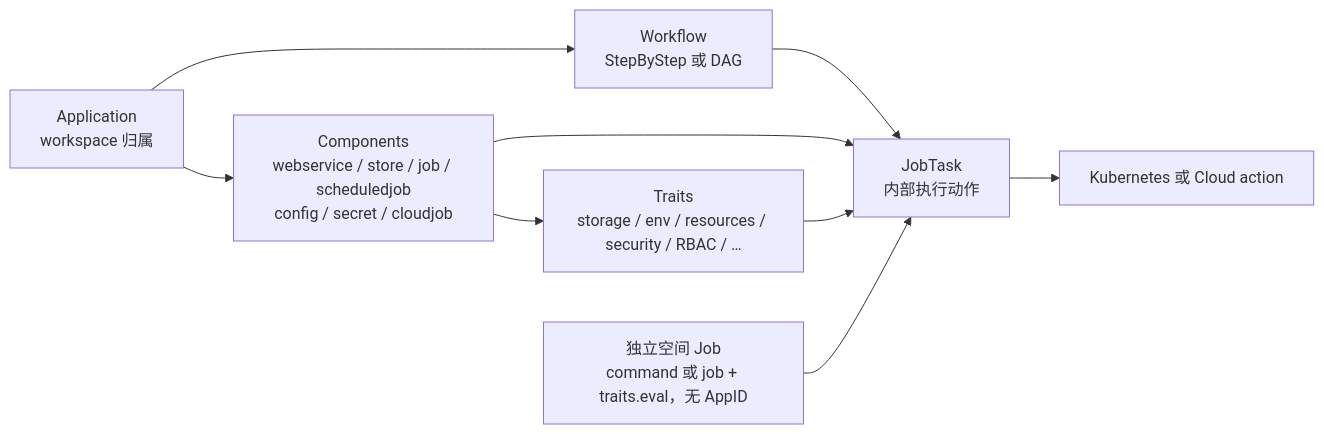
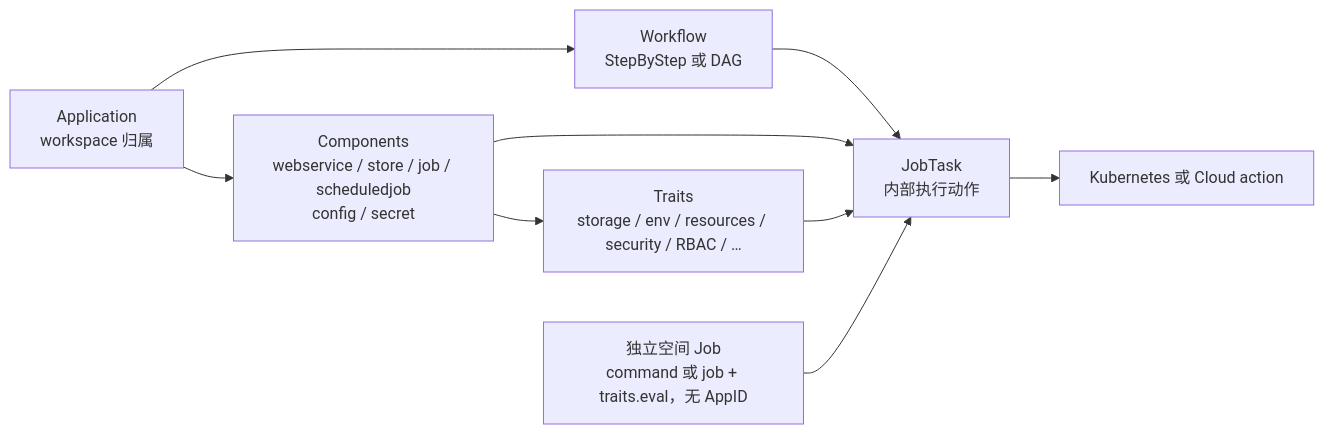
One commit to PixelCores/Eruun changed the third of 5 diagrams in docs/architecture-diagrams.md. Above: the diagram before and after it, drawn with Mermaid. The commit also changed other lines of this file and 100 other files, not shown here.

````diff
--- a/docs/architecture-diagrams.md
+++ b/docs/architecture-diagrams.md
@@ -76,19 +76,19 @@
 ```mermaid
 flowchart LR
     App["Application<br/>workspace 归属"]
-    Components["Components<br/>webservice / store / job / scheduledjob<br/>config / secret / cloudjob"]
+    Components["Components<br/>webservice / store / job / scheduledjob<br/>config / secret"]
     Traits["Traits<br/>storage / env / resources / security / RBAC / …"]
     Workflow["Workflow<br/>StepByStep 或 DAG"]
     WorkspaceJob["独立空间 Job<br/>command 或 job + traits.eval，无 AppID"]
     JobTask["JobTask<br/>内部执行动作"]
     Resources[Kubernetes 或 Cloud action]
 
     App --> Components
     Components --> Traits
     App --> Workflow
     Workflow --> JobTask
     Components --> JobTask
     Traits --> JobTask
     WorkspaceJob --> JobTask
     JobTask --> Resources
 ```
````
